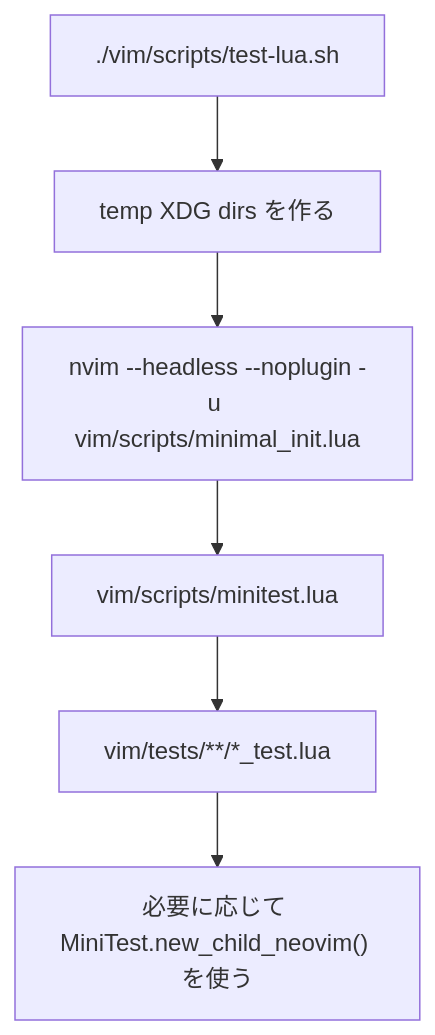
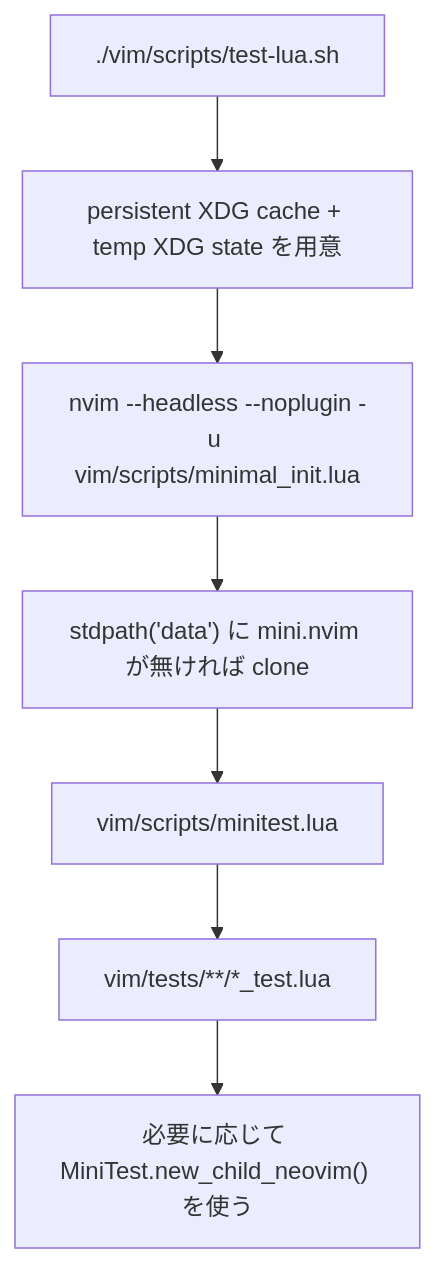
One commit to masakiq/dotfiles changed the diagram in vim/ABOUT_TEST.md. Above: the diagram before and after it, drawn with Mermaid. The commit also changed other lines of this file and 20 other files, not shown here.

First line of the commit message:
test(vim): speed up mini.test suite with selective and reusable runs

````diff
--- a/vim/ABOUT_TEST.md
+++ b/vim/ABOUT_TEST.md
@@ -21,8 +20,9 @@
 ```mermaid
 flowchart TD
-  A["./vim/scripts/test-lua.sh"] --> B["temp XDG dirs を作る"]
+  A["./vim/scripts/test-lua.sh"] --> B["persistent XDG cache + temp XDG state を用意"]
   B --> C["nvim --headless --noplugin -u vim/scripts/minimal_init.lua"]
-  C --> D["vim/scripts/minitest.lua"]
-  D --> E["vim/tests/**/*_test.lua"]
-  E --> F["必要に応じて MiniTest.new_child_neovim() を使う"]
+  C --> D["stdpath('data') に mini.nvim が無ければ clone"]
+  D --> E["vim/scripts/minitest.lua"]
+  E --> F["vim/tests/**/*_test.lua"]
+  F --> G["必要に応じて MiniTest.new_child_neovim() を使う"]
 ```
````
